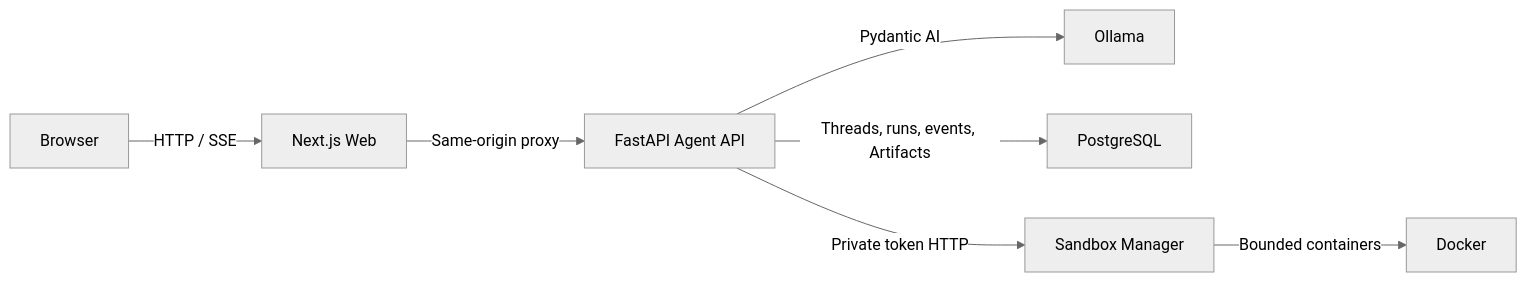
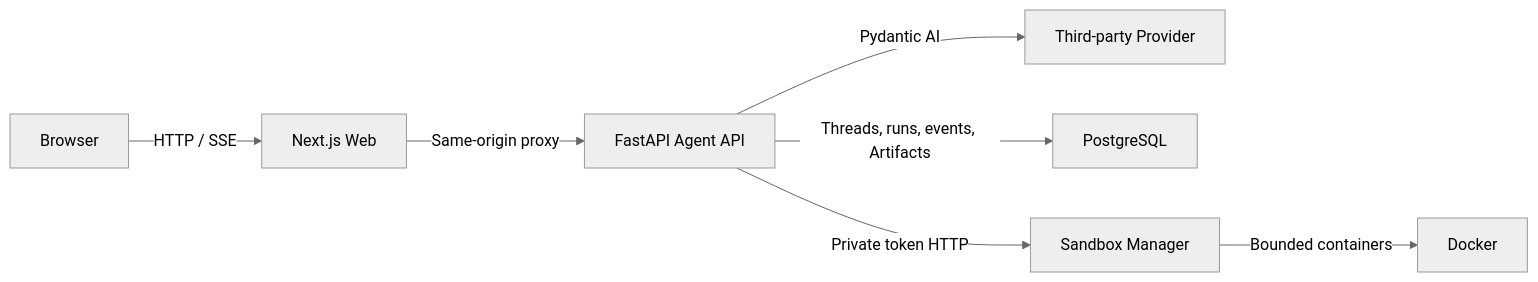
Before and after one commit to TheHtmler/AgentOS: the diagram in README.md, drawn with Mermaid (neutral theme). The commit also changed other lines of this file and 44 other files, not shown here.

````diff
--- a/README.md
+++ b/README.md
@@ -38,9 +38,9 @@
 ```mermaid
 flowchart LR
     Browser["Browser"] -->|"HTTP / SSE"| Web["Next.js Web"]
     Web -->|"Same-origin proxy"| API["FastAPI Agent API"]
-    API -->|"Pydantic AI"| Ollama["Ollama"]
+    API -->|"Pydantic AI"| Provider["Third-party Provider"]
     API -->|"Threads, runs, events, Artifacts"| PostgreSQL["PostgreSQL"]
     API -->|"Private token HTTP"| Sandbox["Sandbox Manager"]
     Sandbox -->|"Bounded containers"| Docker["Docker"]
 ```
````
